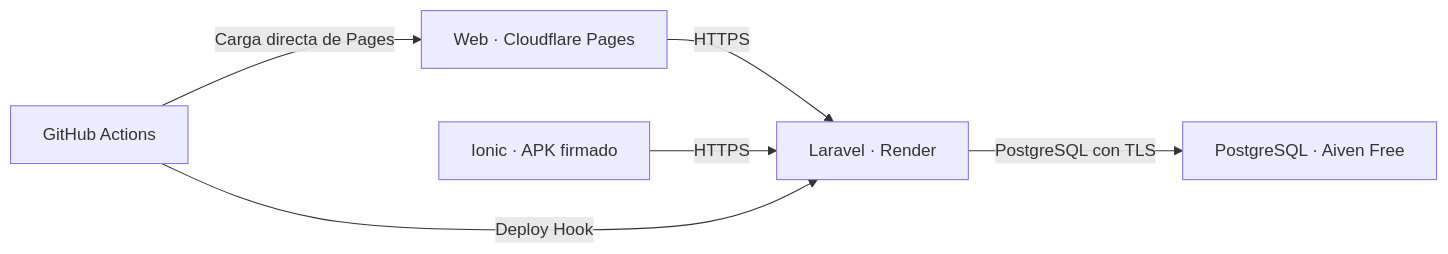
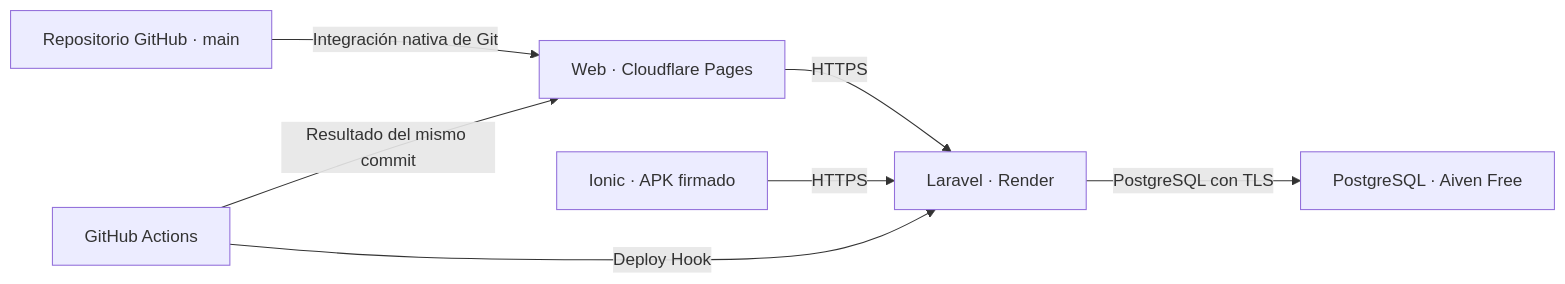
The diagram in docs/lab14-despliegue.md (Gerald0522/Gemdy-Calendar), drawn with Mermaid before and after one commit. The commit also changed other lines of this file, not shown here.

Commit message:
Documenta despliegue nativo y bloqueo verificado de Pages

````diff
--- a/docs/lab14-despliegue.md
+++ b/docs/lab14-despliegue.md
@@ -13,8 +13,9 @@
 ```mermaid
 flowchart LR
     Web["Web · Cloudflare Pages"] -->|HTTPS| API["Laravel · Render"]
     Android["Ionic · APK firmado"] -->|HTTPS| API
     API -->|PostgreSQL con TLS| DB["PostgreSQL · Aiven Free"]
     CI["GitHub Actions"] -->|Deploy Hook| API
-    CI -->|Carga directa de Pages| Web
+    GitHub["Repositorio GitHub · main"] -->|Integración nativa de Git| Web
+    CI -->|Resultado del mismo commit| Web
 ```
````
